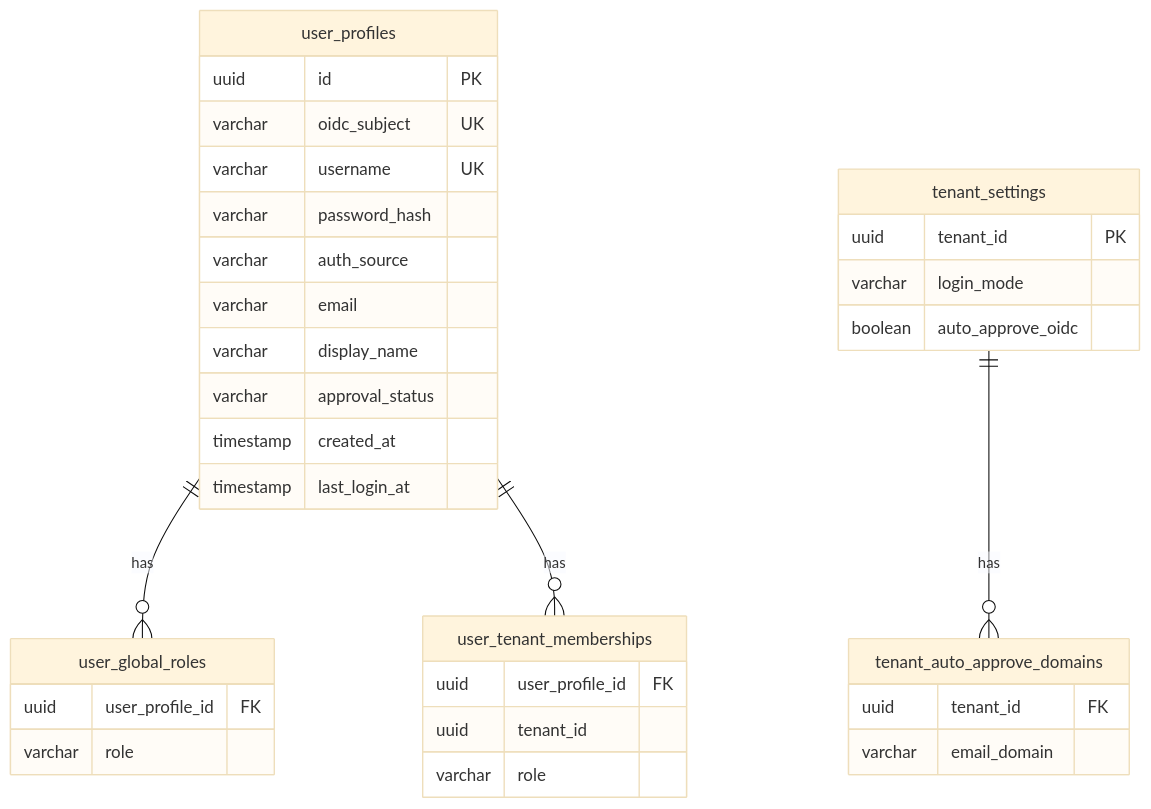
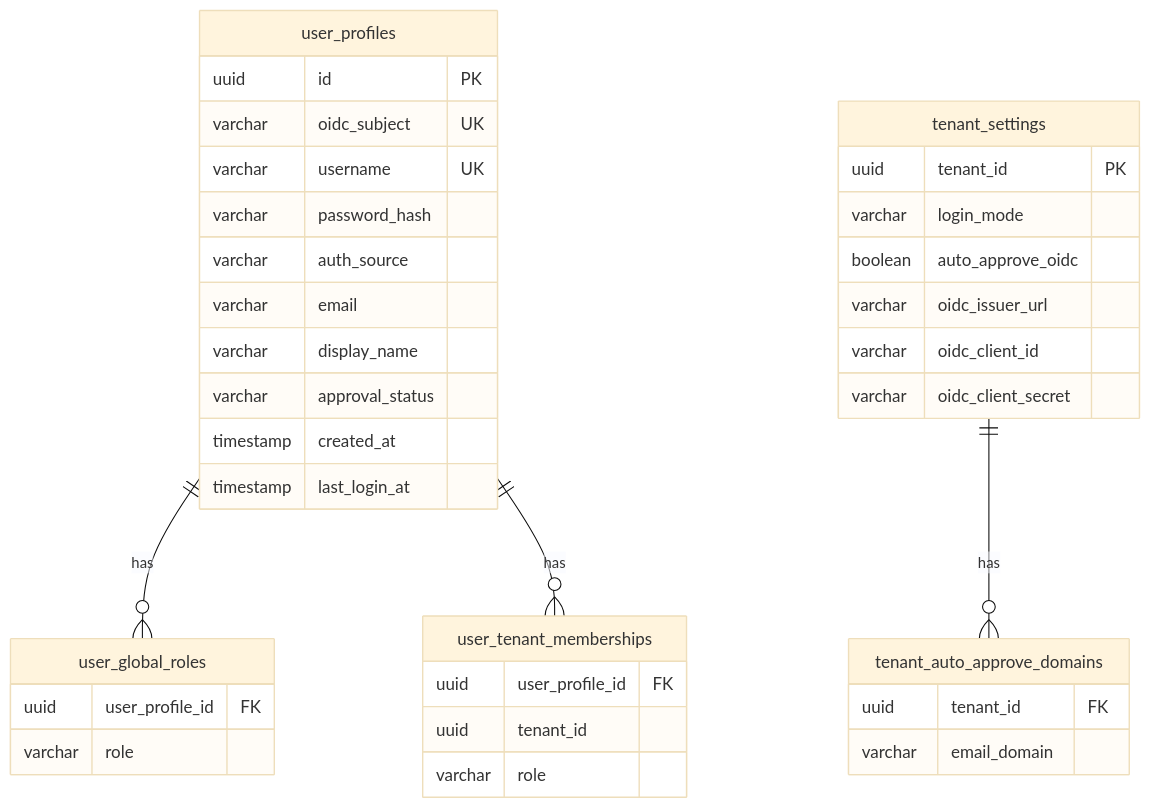
One commit to tomirgang/tomsblog changed the fourth of 6 diagrams in docs/design/modules/ROOT/pages/user-management/index.adoc. Above: the diagram before and after it, drawn with Mermaid (base theme). The commit also changed other lines of this file and 35 other files, not shown here.

```diff
--- a/docs/design/modules/ROOT/pages/user-management/index.adoc
+++ b/docs/design/modules/ROOT/pages/user-management/index.adoc
@@ -331,42 +350,45 @@
 [mermaid]
 ----
 erDiagram
     user_profiles {
         uuid id PK
         varchar oidc_subject UK
         varchar username UK
         varchar password_hash
         varchar auth_source
         varchar email
         varchar display_name
         varchar approval_status
         timestamp created_at
         timestamp last_login_at
     }
 
     user_global_roles {
         uuid user_profile_id FK
         varchar role
     }
 
     user_tenant_memberships {
         uuid user_profile_id FK
         uuid tenant_id
         varchar role
     }
 
     tenant_settings {
         uuid tenant_id PK
         varchar login_mode
         boolean auto_approve_oidc
+        varchar oidc_issuer_url
+        varchar oidc_client_id
+        varchar oidc_client_secret
     }
 
     tenant_auto_approve_domains {
         uuid tenant_id FK
         varchar email_domain
     }
 
     user_profiles ||--o{ user_global_roles : "has"
     user_profiles ||--o{ user_tenant_memberships : "has"
     tenant_settings ||--o{ tenant_auto_approve_domains : "has"
 ----
```
